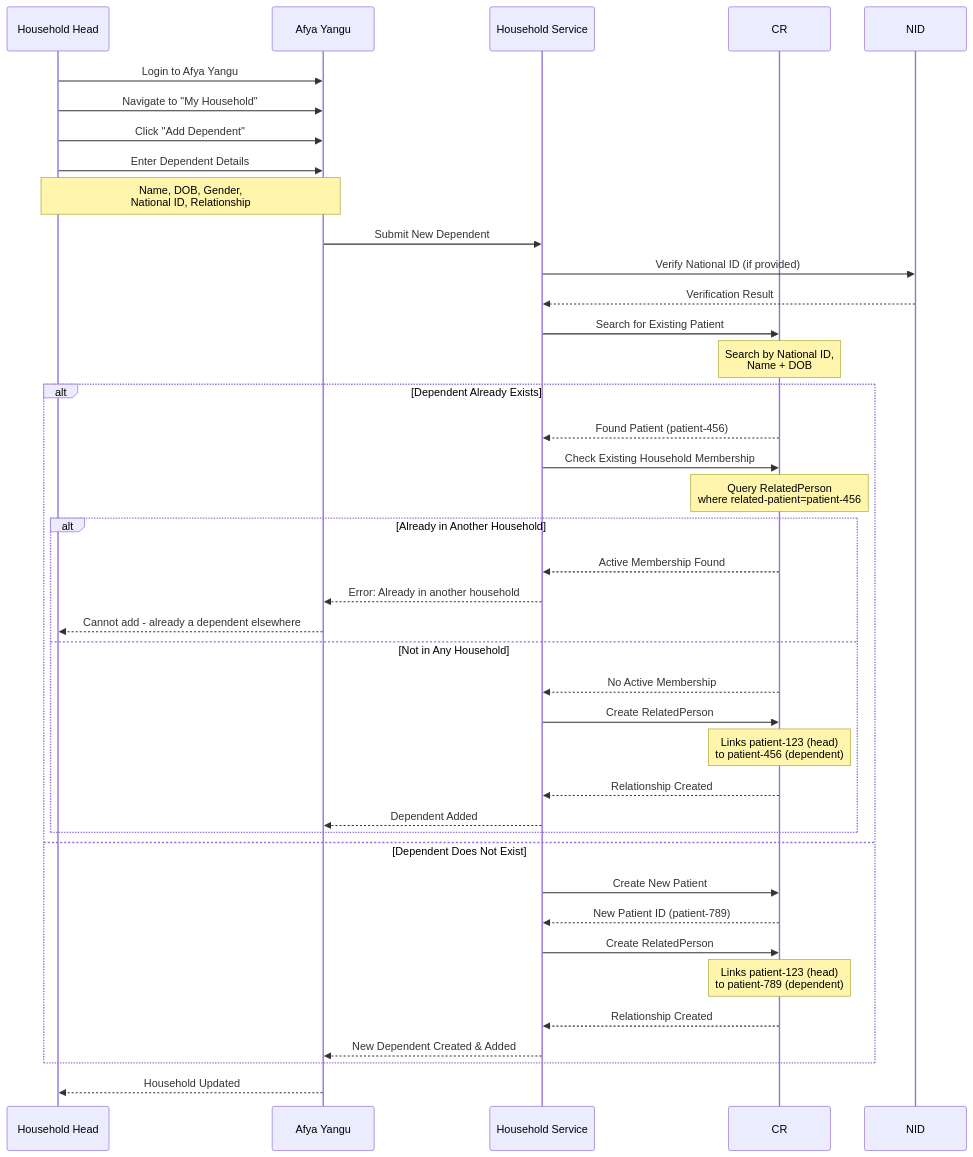
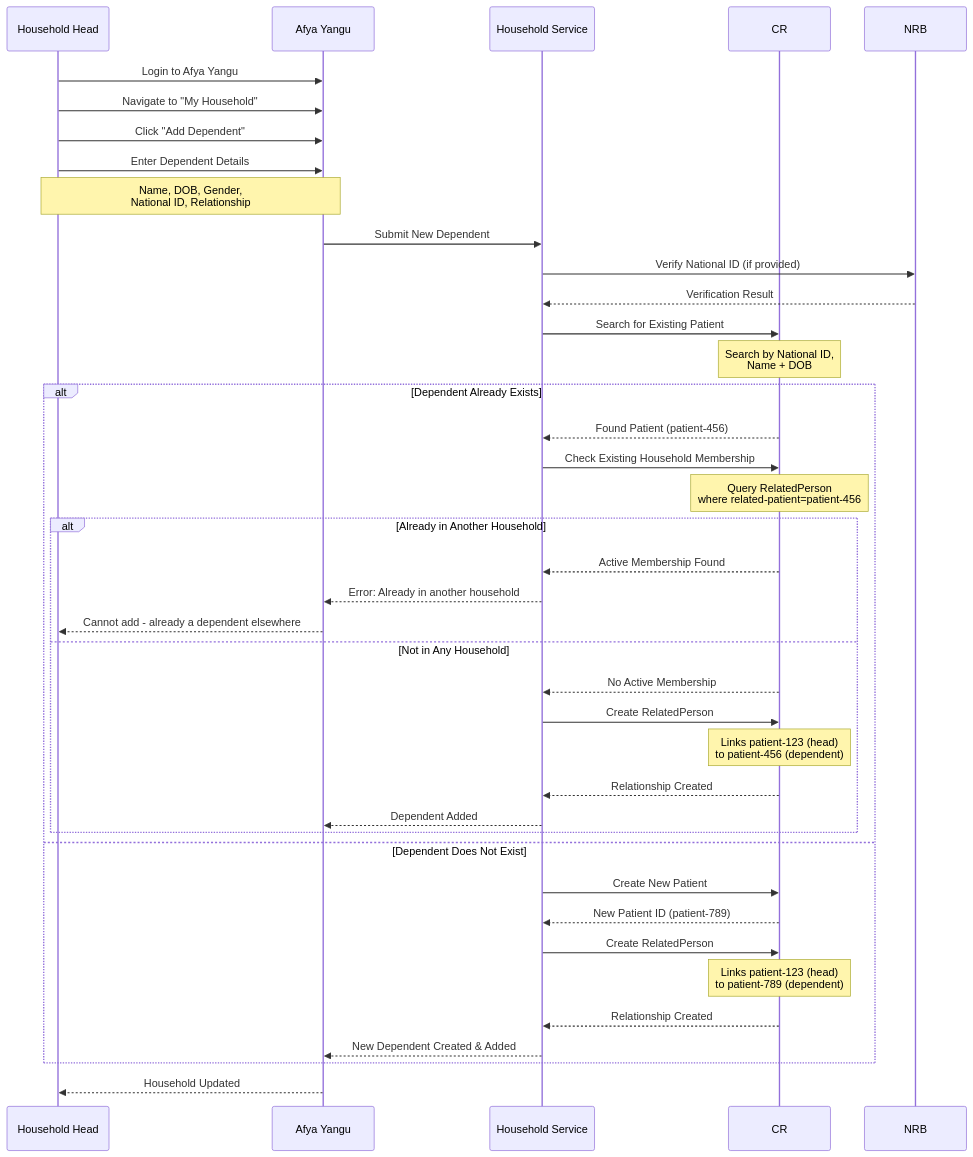
One commit to ageryck/Sample-Test-Codes changed the third of 8 diagrams in AfyaYangu/dependants_management/PP_04_Family_Dependents_v2.md. Above: the diagram before and after it, drawn with Mermaid. The commit also changed other lines of this file and 1 other file, not shown here.

Commit message:
revised beneficiary management

````diff
--- a/AfyaYangu/dependants_management/PP_04_Family_Dependents_v2.md
+++ b/AfyaYangu/dependants_management/PP_04_Family_Dependents_v2.md
@@ -226,53 +226,53 @@
 ```mermaid
 sequenceDiagram
     participant Head as Household Head
     participant AY as Afya Yangu
     participant HH as Household Service
     participant CR
-    participant NID
+    participant NRB
     
     Head->>AY: Login to Afya Yangu
     Head->>AY: Navigate to "My Household"
     Head->>AY: Click "Add Dependent"
     
     Head->>AY: Enter Dependent Details
     Note over Head,AY: Name, DOB, Gender,<br/>National ID, Relationship
     
     AY->>HH: Submit New Dependent
     
-    HH->>NID: Verify National ID (if provided)
-    NID-->>HH: Verification Result
+    HH->>NRB: Verify National ID (if provided)
+    NRB-->>HH: Verification Result
     
     HH->>CR: Search for Existing Patient
     Note over CR: Search by National ID,<br/>Name + DOB
     
     alt Dependent Already Exists
         CR-->>HH: Found Patient (patient-456)
         
         HH->>CR: Check Existing Household Membership
         Note over CR: Query RelatedPerson<br/>where related-patient=patient-456
         
         alt Already in Another Household
             CR-->>HH: Active Membership Found
             HH-->>AY: Error: Already in another household
             AY-->>Head: Cannot add - already a dependent elsewhere
         else Not in Any Household
             CR-->>HH: No Active Membership
             HH->>CR: Create RelatedPerson
             Note over CR: Links patient-123 (head)<br/>to patient-456 (dependent)
             CR-->>HH: Relationship Created
             HH-->>AY: Dependent Added
         end
         
     else Dependent Does Not Exist
         HH->>CR: Create New Patient
         CR-->>HH: New Patient ID (patient-789)
         
         HH->>CR: Create RelatedPerson
         Note over CR: Links patient-123 (head)<br/>to patient-789 (dependent)
         CR-->>HH: Relationship Created
         HH-->>AY: New Dependent Created & Added
     end
     
     AY-->>Head: Household Updated
 ```
````
